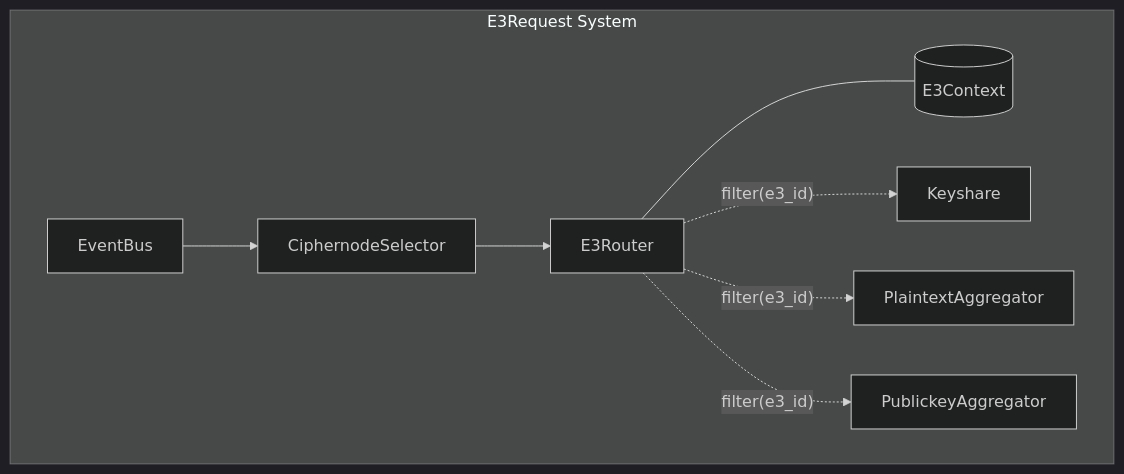
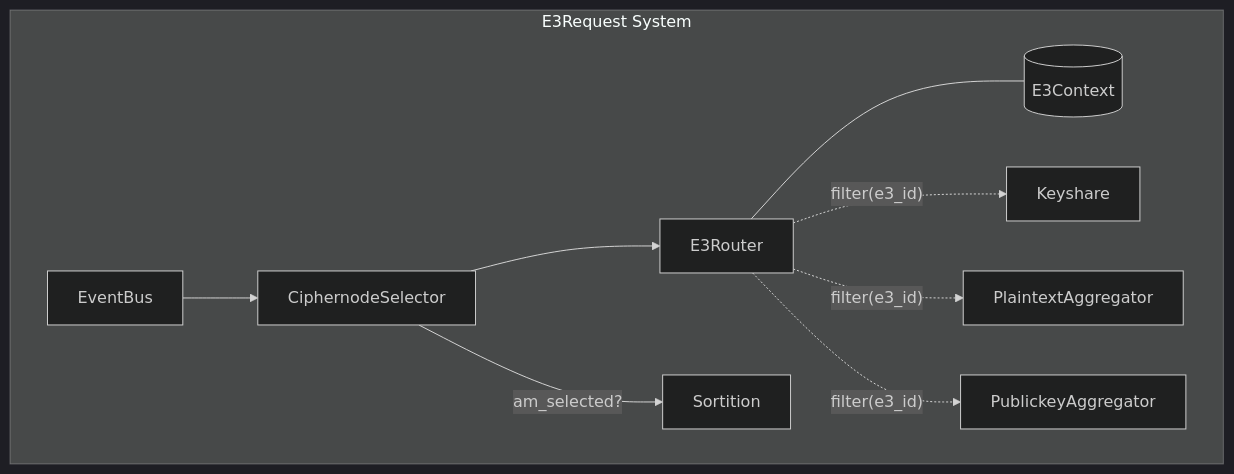
One commit to gnosisguild/enclave changed the diagram in crates/request/E3RequestSystem.md. Above: the diagram before and after it, drawn with Mermaid (dark theme). The commit also changed 1 other file, not shown here.

Commit message:
feat: update add sortition in router

````diff
--- a/crates/request/E3RequestSystem.md
+++ b/crates/request/E3RequestSystem.md
@@ -8,34 +8,37 @@
 ```mermaid
 flowchart TB
  subgraph subGraph0["E3Request System"]
         ER["E3Router"]
         EC["E3Context"]
         K["Keyshare"]
         PKA["PublickeyAggregator"]
         PTA["PlaintextAggregator"]
         EB["EventBus"]
         CS["CiphernodeSelector"]
+        S["Sortition"]
   end
     EB --> CS
     CS --> ER
+    CS --am_selected?--> S
     ER --- EC
     ER -. filter(e3_id) <br> .-> K & PTA
     ER -. filter(e3_id) </br> .-> PKA
 
     EC@{ shape: cyl}
      EC:::internal-link
      ER:::internal-link
      PKA:::internal-link
      PTA:::internal-link
      K:::internal-link
      EB:::internal-link
      CS:::internal-link
+     S:::internal-link
 
     click EC "https://github.com/gnosisguild/enclave/tree/main/crates/request/docs/E3Context.md"
     click ER "https://github.com/gnosisguild/enclave/tree/main/crates/request/docs/E3Router.md"
     click PKA "https://github.com/gnosisguild/enclave/tree/main/crates/aggregator/docs/PublickeyAggregator.md"
     click PTA "https://github.com/gnosisguild/enclave/tree/main/crates/aggregator/docs/PlaintextAggregator.md"
     click K "https://github.com/gnosisguild/enclave/tree/main/crates/keyshare/docs/Keyshare.md"
     click EB "https://github.com/gnosisguild/enclave/tree/main/crates/events/docs/EventBus.md"
     click CS "https://github.com/gnosisguild/enclave/tree/main/crates/sortition/docs/CiphernodeSelector.md"
 ```
````
